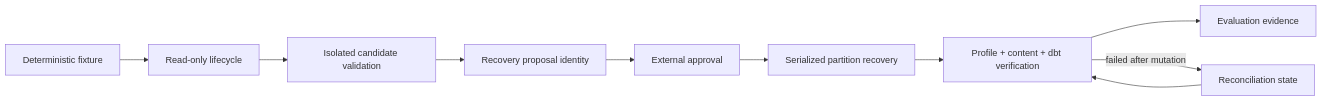
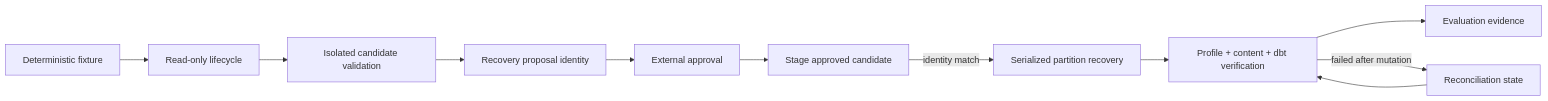
One commit to mols3131d/hmda-data-reliability changed the diagram in openspec/changes/reliability-mvp-volume-drop-vertical-slice/design.md. Above: the diagram before and after it, drawn with Mermaid. The commit also changed other lines of this file, not shown here.

````diff
--- a/openspec/changes/reliability-mvp-volume-drop-vertical-slice/design.md
+++ b/openspec/changes/reliability-mvp-volume-drop-vertical-slice/design.md
@@ -41,12 +44,13 @@
 ```mermaid
 flowchart LR
     F[Deterministic fixture] --> L[Read-only lifecycle]
     L --> C[Isolated candidate validation]
     C --> P[Recovery proposal identity]
     P --> A[External approval]
-    A --> R[Serialized partition recovery]
+    A --> S[Stage approved candidate]
+    S -->|identity match| R[Serialized partition recovery]
     R --> V[Profile + content + dbt verification]
     V --> E[Evaluation evidence]
     V -->|failed after mutation| X[Reconciliation state]
     X --> V
 ```
````
